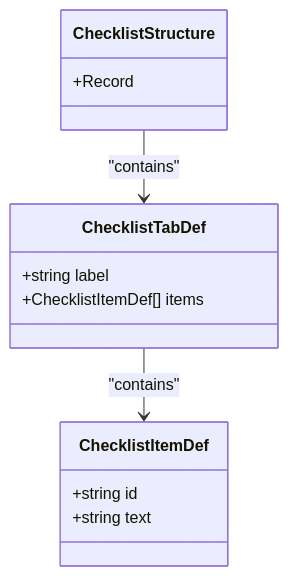
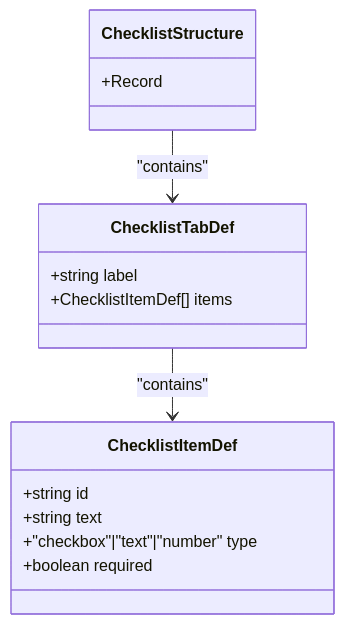
One commit to gastaldellomarco/pcReady changed the third of 10 diagrams in .qoder/repowiki/en/content/Ticket Management System/Checklist System.md. Above: the diagram before and after it, drawn with Mermaid. The commit also changed other lines of this file and 15 other files, not shown here.

````diff
--- a/.qoder/repowiki/en/content/Ticket Management System/Checklist System.md
+++ b/.qoder/repowiki/en/content/Ticket Management System/Checklist System.md
@@ -143,16 +169,18 @@
 ```mermaid
 classDiagram
 class ChecklistItemDef {
 +string id
 +string text
++"checkbox"|"text"|"number" type
++boolean required
 }
 class ChecklistTabDef {
 +string label
 +ChecklistItemDef[] items
 }
 class ChecklistStructure {
 +Record<string, ChecklistTabDef>
 }
 ChecklistStructure --> ChecklistTabDef : "contains"
 ChecklistTabDef --> ChecklistItemDef : "contains"
 ```
````
